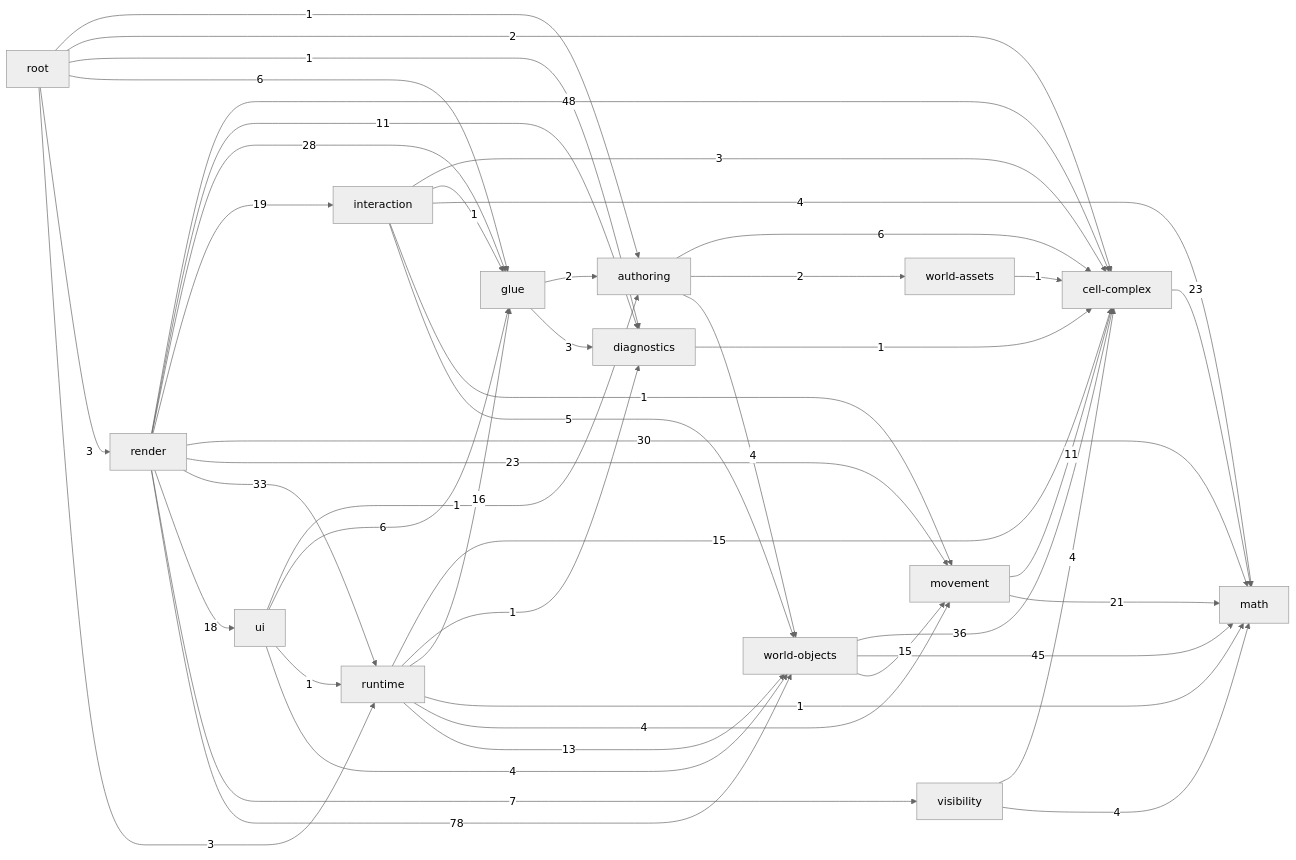
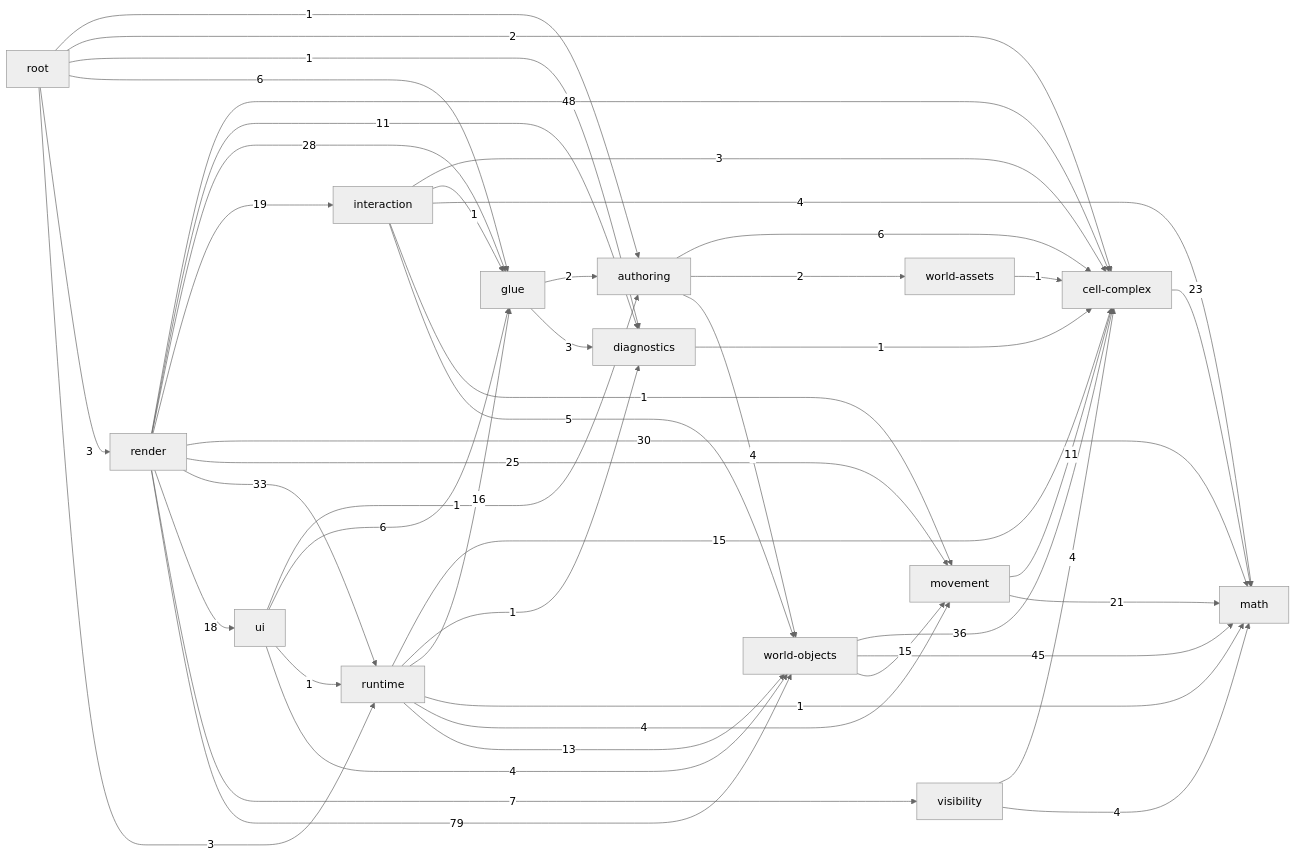
Before and after one commit to guraltsev/noneuclid-fpv: the diagram in _docs/generated/ARCHITECTURE_REFERENCE.md, drawn with Mermaid (neutral theme). The commit also changed other lines of this file and 11 other files, not shown here.

````diff
--- a/_docs/generated/ARCHITECTURE_REFERENCE.md
+++ b/_docs/generated/ARCHITECTURE_REFERENCE.md
@@ -35,63 +35,63 @@
 ```mermaid
 flowchart LR
   math["math"]
   cell_complex["cell-complex"]
   diagnostics["diagnostics"]
   visibility["visibility"]
   movement["movement"]
   world_assets["world-assets"]
   world_objects["world-objects"]
   authoring["authoring"]
   glue["glue"]
   interaction["interaction"]
   runtime["runtime"]
   ui["ui"]
   render["render"]
   root["root"]
   authoring -->|6| cell_complex
   authoring -->|2| world_assets
   authoring -->|4| world_objects
   cell_complex -->|23| math
   diagnostics -->|1| cell_complex
   glue -->|2| authoring
   glue -->|3| diagnostics
   interaction -->|3| cell_complex
   interaction -->|1| glue
   interaction -->|4| math
   interaction -->|1| movement
   interaction -->|5| world_objects
   movement -->|11| cell_complex
   movement -->|21| math
   render -->|48| cell_complex
   render -->|11| diagnostics
   render -->|28| glue
   render -->|19| interaction
   render -->|30| math
-  render -->|23| movement
+  render -->|25| movement
   render -->|33| runtime
   render -->|18| ui
   render -->|7| visibility
-  render -->|78| world_objects
+  render -->|79| world_objects
   root -->|1| authoring
   root -->|2| cell_complex
   root -->|1| diagnostics
   root -->|6| glue
   root -->|3| render
   root -->|3| runtime
   runtime -->|15| cell_complex
   runtime -->|1| diagnostics
   runtime -->|16| glue
   runtime -->|1| math
   runtime -->|4| movement
   runtime -->|13| world_objects
   ui -->|1| authoring
   ui -->|6| glue
   ui -->|1| runtime
   ui -->|4| world_objects
   visibility -->|4| cell_complex
   visibility -->|4| math
   world_assets -->|1| cell_complex
   world_objects -->|36| cell_complex
   world_objects -->|45| math
   world_objects -->|15| movement
 ```
````
